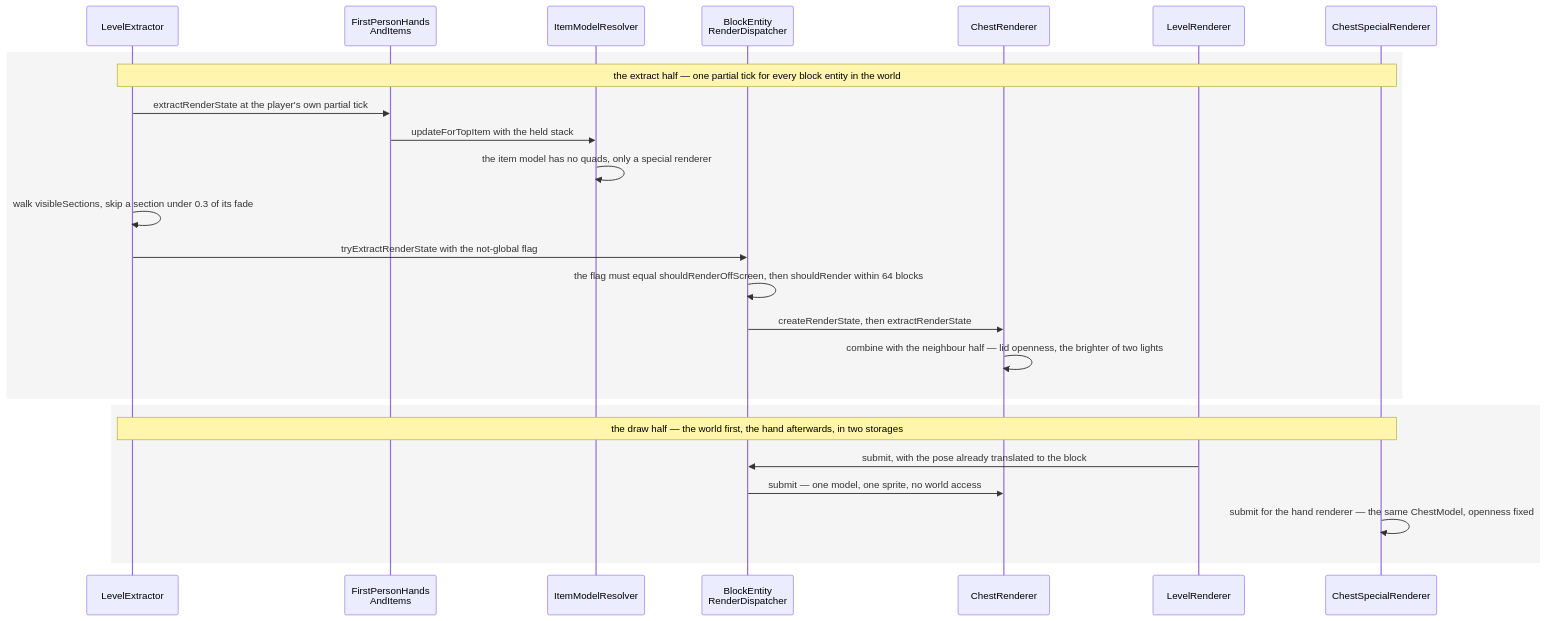
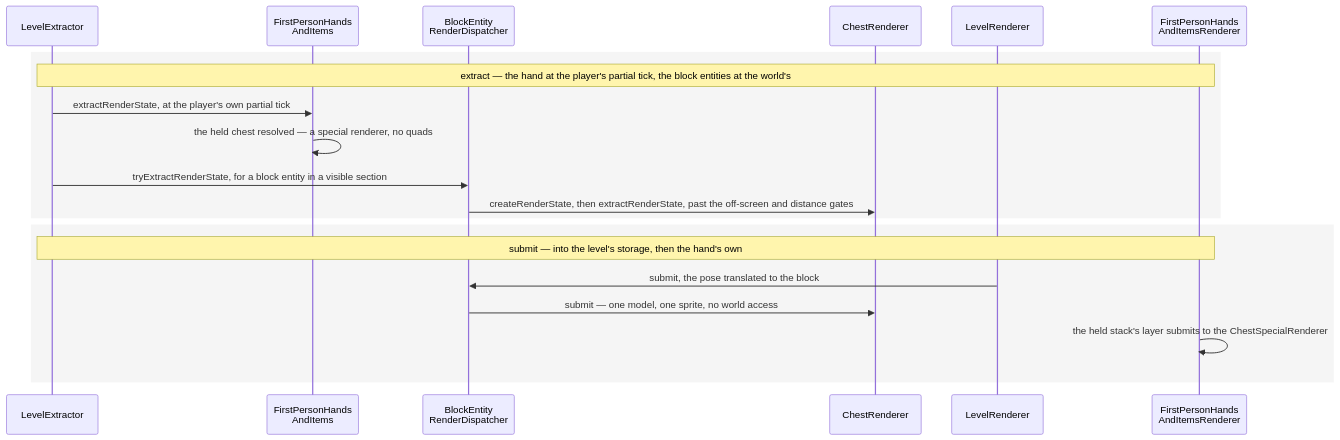
Before and after one commit to AlexanderjFraser/MinecraftDocs: the second of 2 diagrams in src/systems/rendering/block-entity-rendering.md, drawn with Mermaid. The commit also changed other lines of this file and 18 other files, not shown here.

````diff
--- a/src/systems/rendering/block-entity-rendering.md
+++ b/src/systems/rendering/block-entity-rendering.md
@@ -83,28 +92,23 @@
 ```mermaid
 sequenceDiagram
     participant LX as LevelExtractor
     participant FPHAI as FirstPersonHands<br/>AndItems
-    participant IMR as ItemModelResolver
     participant BERD as BlockEntity<br/>RenderDispatcher
     participant ChestR as ChestRenderer
     participant LR as LevelRenderer
-    participant CSR as ChestSpecialRenderer
+    participant FPHAIR as FirstPersonHands<br/>AndItemsRenderer
 
     rect rgba(0, 0, 0, 0.04)
-    Note over LX,CSR: the extract half — one partial tick for every block entity in the world
-    LX->>FPHAI: extractRenderState at the player's own partial tick
-    FPHAI->>IMR: updateForTopItem with the held stack
-    IMR->>IMR: the item model has no quads, only a special renderer
-    LX->>LX: walk visibleSections, skip a section under 0.3 of its fade
-    LX->>BERD: tryExtractRenderState with the not-global flag
-    BERD->>BERD: the flag must equal shouldRenderOffScreen, then shouldRender within 64 blocks
-    BERD->>ChestR: createRenderState, then extractRenderState
-    ChestR->>ChestR: combine with the neighbour half — lid openness, the brighter of two lights
+    Note over LX,FPHAIR: extract — the hand at the player's partial tick, the block entities at the world's
+    LX->>FPHAI: extractRenderState, at the player's own partial tick
+    FPHAI->>FPHAI: the held chest resolved — a special renderer, no quads
+    LX->>BERD: tryExtractRenderState, for a block entity in a visible section
+    BERD->>ChestR: createRenderState, then extractRenderState, past the off-screen and distance gates
     end
     rect rgba(0, 0, 0, 0.04)
-    Note over LX,CSR: the draw half — the world first, the hand afterwards, in two storages
-    LR->>BERD: submit, with the pose already translated to the block
+    Note over LX,FPHAIR: submit — into the level's storage, then the hand's own
+    LR->>BERD: submit, the pose translated to the block
     BERD->>ChestR: submit — one model, one sprite, no world access
-    CSR->>CSR: submit for the hand renderer — the same ChestModel, openness fixed
+    FPHAIR->>FPHAIR: the held stack's layer submits to the ChestSpecialRenderer
     end
 ```
````
